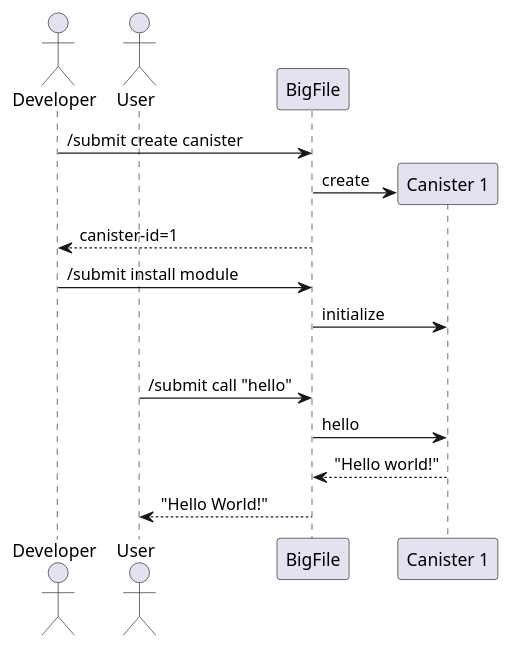
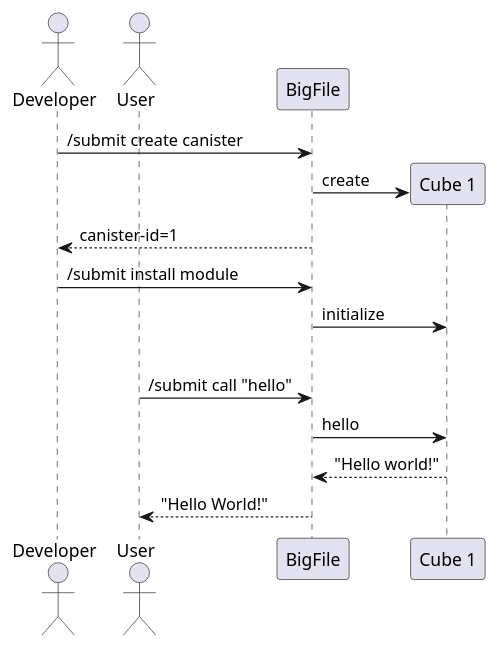
Before and after one commit to thebigfilecom/thebigfile-com-dev: the first of 2 diagrams in submodules/interface-spec/spec/index.md, drawn with PlantUML. The commit also changed other lines of this file and 555 other files, not shown here.

````diff
--- a/submodules/interface-spec/spec/index.md
+++ b/submodules/interface-spec/spec/index.md
@@ -48,17 +48,17 @@
 ```plantuml
     actor Developer
     actor User
     participant "BigFile" as BIG
-    participant "Canister 1" as Can1
+    participant "Cube 1" as Can1
     Developer -> BIG : /submit create canister
     create Can1
     BIG -> Can1 : create
     Developer <-- BIG : canister-id=1
     Developer -> BIG : /submit install module
     BIG -> Can1 : initialize
     |||
     User -> BIG : /submit call "hello"
     BIG -> Can1 : hello
     return "Hello world!"
     User <-- BIG : "Hello World!"
 ```
````
